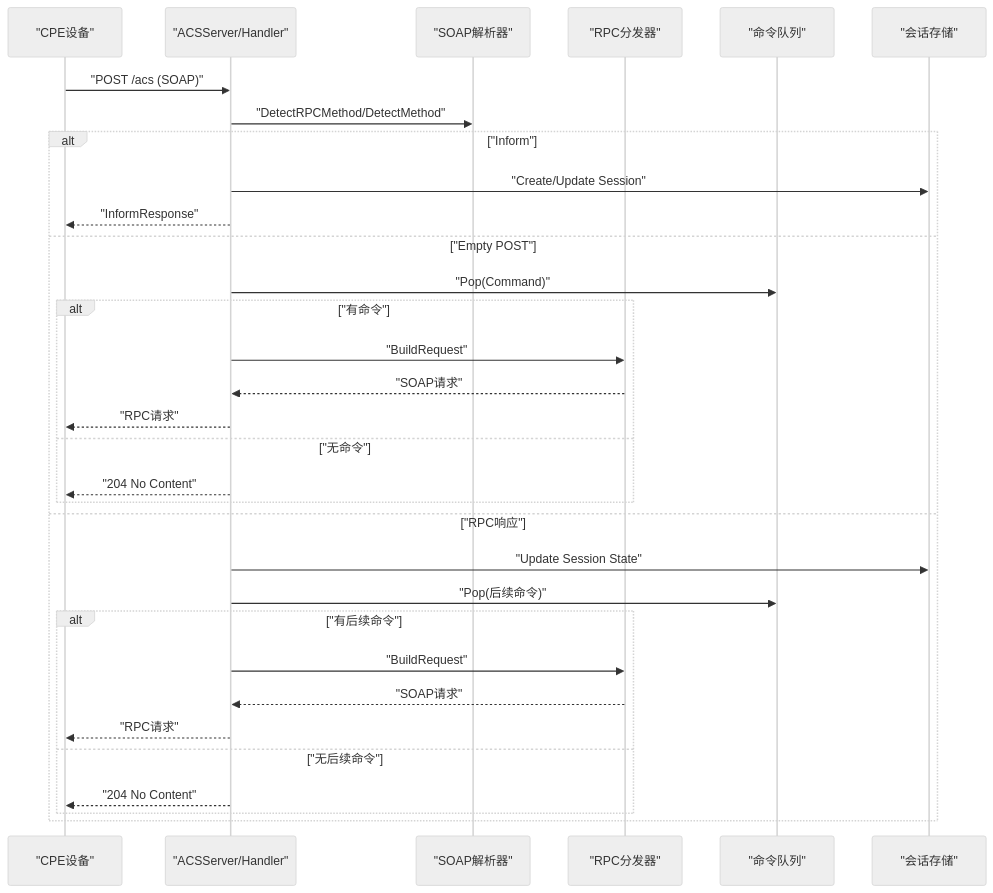
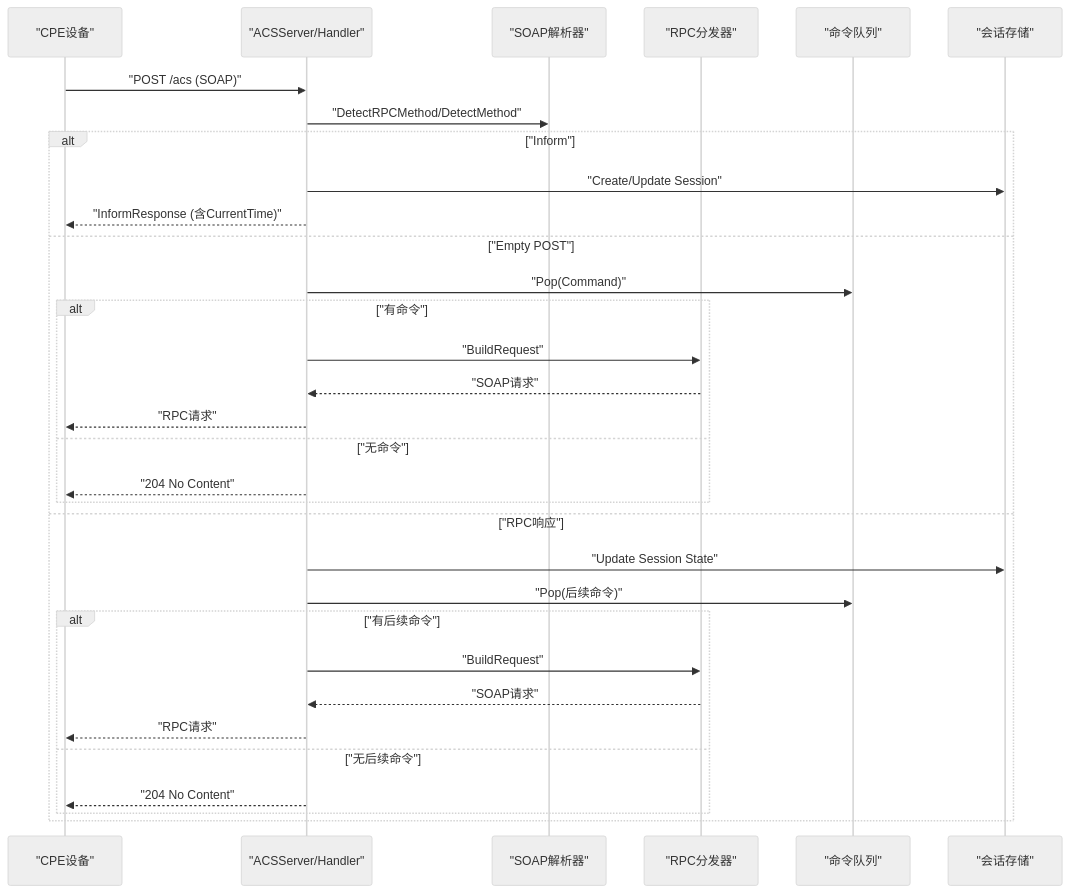
One commit to bixinhaner/xomc changed the second of 7 diagrams in .qoder/repowiki/zh/content/TR069协议处理/TR069协议处理.md. Above: the diagram before and after it, drawn with Mermaid (neutral theme). The commit also changed other lines of this file and 4 other files, not shown here.

````diff
--- a/.qoder/repowiki/zh/content/TR069协议处理/TR069协议处理.md
+++ b/.qoder/repowiki/zh/content/TR069协议处理/TR069协议处理.md
@@ -112,34 +113,34 @@
 ```mermaid
 sequenceDiagram
 participant CPE as "CPE设备"
 participant HTTP as "ACSServer/Handler"
 participant SOAP as "SOAP解析器"
 participant RPC as "RPC分发器"
 participant Q as "命令队列"
 participant Store as "会话存储"
 CPE->>HTTP : "POST /acs (SOAP)"
 HTTP->>SOAP : "DetectRPCMethod/DetectMethod"
 alt "Inform"
 HTTP->>Store : "Create/Update Session"
-HTTP-->>CPE : "InformResponse"
+HTTP-->>CPE : "InformResponse (含CurrentTime)"
 else "Empty POST"
 HTTP->>Q : "Pop(Command)"
 alt "有命令"
 HTTP->>RPC : "BuildRequest"
 RPC-->>HTTP : "SOAP请求"
 HTTP-->>CPE : "RPC请求"
 else "无命令"
 HTTP-->>CPE : "204 No Content"
 end
 else "RPC响应"
 HTTP->>Store : "Update Session State"
 HTTP->>Q : "Pop(后续命令)"
 alt "有后续命令"
 HTTP->>RPC : "BuildRequest"
 RPC-->>HTTP : "SOAP请求"
 HTTP-->>CPE : "RPC请求"
 else "无后续命令"
 HTTP-->>CPE : "204 No Content"
 end
 end
 ```
````
